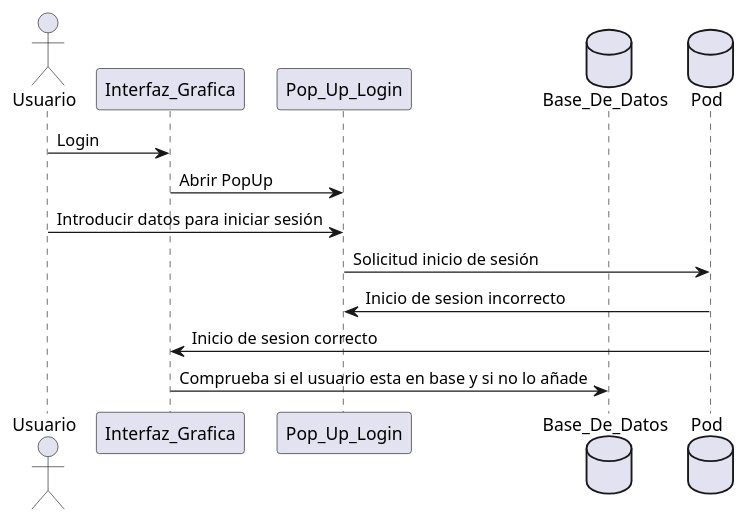
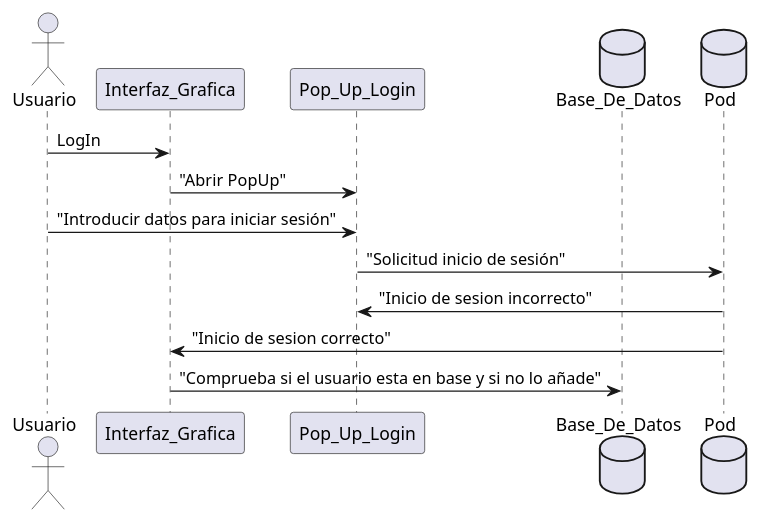
Before and after one commit to UO264862/radarin_es2b: the first of 6 diagrams in webapp/docs/06_runtime_view.adoc, drawn with PlantUML. The commit also changed other lines of this file, not shown here.

```diff
--- a/webapp/docs/06_runtime_view.adoc
+++ b/webapp/docs/06_runtime_view.adoc
@@ -9,20 +11,20 @@
-[plantuml, {plantUMLDir}iniciarSesion, svg]
+[plantuml, runtime-view1, svg]
 ----
 @startuml
 actor Usuario
 participant Interfaz_Grafica
 participant Pop_Up_Login
 database Base_De_Datos
 database Pod
-Usuario -> Interfaz_Grafica: Login
-Interfaz_Grafica -> Pop_Up_Login: Abrir PopUp
-Usuario -> Pop_Up_Login: Introducir datos para iniciar sesión
+Usuario -> Interfaz_Grafica: LogIn
+Interfaz_Grafica -> Pop_Up_Login: "Abrir PopUp"
+Usuario -> Pop_Up_Login: "Introducir datos para iniciar sesión"
 
-Pop_Up_Login -> Pod: Solicitud inicio de sesión
+Pop_Up_Login -> Pod: "Solicitud inicio de sesión"
 
-Pod -> Pop_Up_Login: Inicio de sesion incorrecto
-Pod -> Interfaz_Grafica: Inicio de sesion correcto
+Pod -> Pop_Up_Login: "Inicio de sesion incorrecto"
+Pod -> Interfaz_Grafica: "Inicio de sesion correcto"
 
-Interfaz_Grafica-> Base_De_Datos: Comprueba si el usuario esta en base y si no lo añade
+Interfaz_Grafica-> Base_De_Datos: "Comprueba si el usuario esta en base y si no lo añade"
 @enduml
 ----
```
